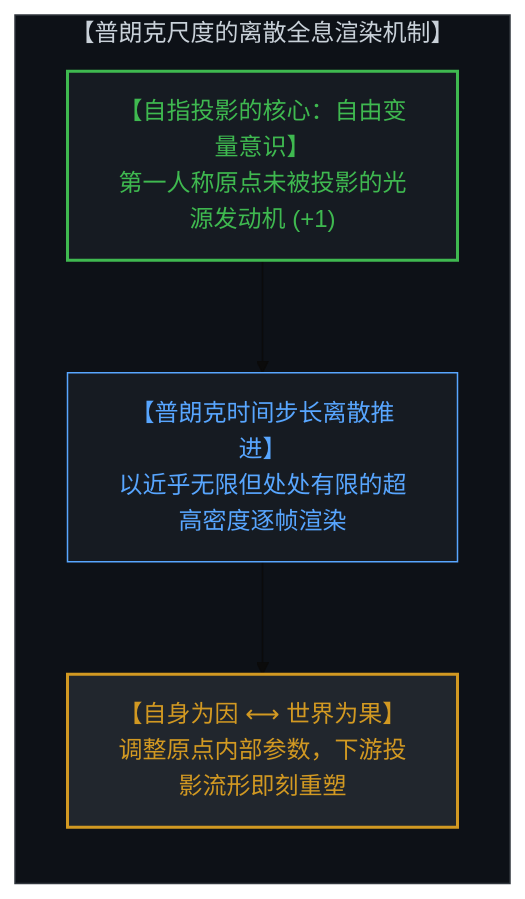
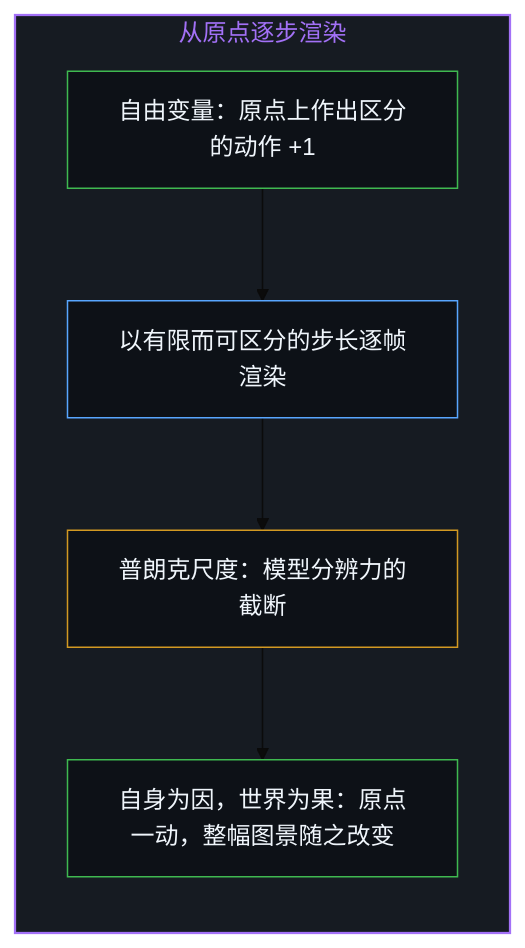
One commit to powerpig99/not-a-toe changed the ninth of 12 diagrams in content/posts/the-geometry-of-the-cut.md. Above: the diagram before and after it, drawn with Mermaid (base theme). The commit also changed other lines of this file and 3 other files, not shown here.

Commit message:
Refine the-geometry-of-the-cut: alternating bilingual layout, English diagram twins, first-person framing

````diff
--- a/content/posts/the-geometry-of-the-cut.md
+++ b/content/posts/the-geometry-of-the-cut.md
@@ -209,18 +237,19 @@
 ```mermaid
-graph TD
-    subgraph DiscreteRendering["【普朗克尺度的离散全息渲染机制】"]
+flowchart TD
+    subgraph S_Render["从原点逐步渲染"]
         direction TB
-        FreeVariableCenter["【自指投影的核心：自由变量意识】<br>第一人称原点未被投影的光源发动机 (+1)"]
-        
-        PlanckStream["【普朗克时间步长离散推进】<br>以近乎无限但处处有限的超高密度逐帧渲染"]
-        
-        SelfCauseWorldEffect["【自身为因 ⟷ 世界为果】<br>调整原点内部参数，下游投影流形即刻重塑"]
-        
-        FreeVariableCenter --> PlanckStream
-        PlanckStream --> SelfCauseWorldEffect
+        Free["自由变量：原点上作出区分的动作 +1"]
+        Steps["以有限而可区分的步长逐帧渲染"]
+        Limit["普朗克尺度：模型分辨力的截断"]
+        Cause["自身为因，世界为果：原点一动，整幅图景随之改变"]
+        Free --> Steps
+        Steps --> Limit
+        Limit --> Cause
     end
-    style DiscreteRendering fill:#0d1117,stroke:#30363d,stroke-width:1px,color:#c9d1d9
-    style FreeVariableCenter fill:#161b22,stroke:#3fb950,stroke-width:2px,color:#3fb950
-    style PlanckStream fill:#161b22,stroke:#58a6ff,stroke-width:1px,color:#58a6ff
-    style SelfCauseWorldEffect fill:#21262d,stroke:#d29922,stroke-width:2px,color:#d29922
+
+    style S_Render fill:#161b22,stroke:#a371f7,stroke-width:1.5px,color:#a371f7
+    style Free fill:#0d1117,stroke:#3fb950,stroke-width:1px,color:#f0f6fc
+    style Steps fill:#0d1117,stroke:#58a6ff,stroke-width:1px,color:#f0f6fc
+    style Limit fill:#0d1117,stroke:#d29922,stroke-width:1px,color:#f0f6fc
+    style Cause fill:#0d1117,stroke:#3fb950,stroke-width:1px,color:#f0f6fc
 ```
````
